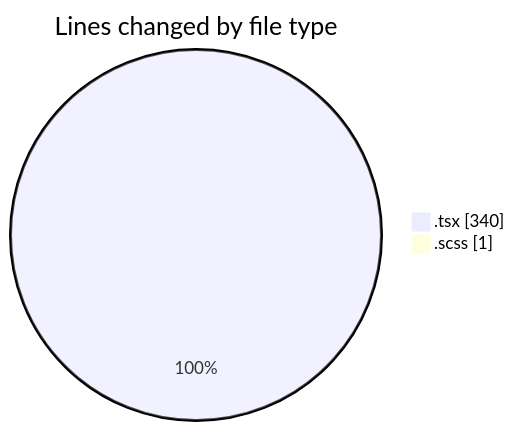
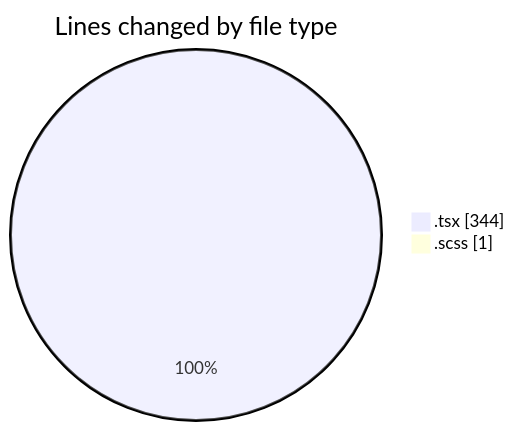
One commit to momahboobian/code-tracking changed the first of 2 diagrams in 2025-03-19/cda/README.md. Above: the diagram before and after it, drawn with Mermaid. The commit also changed other lines of this file and 1 other file, not shown here.

````diff
--- a/2025-03-19/cda/README.md
+++ b/2025-03-19/cda/README.md
@@ -23,6 +23,6 @@
 ```mermaid
 pie showData
 title Lines changed by file type
-".tsx" : 340
+".tsx" : 344
 ".scss" : 1
 ```
````
